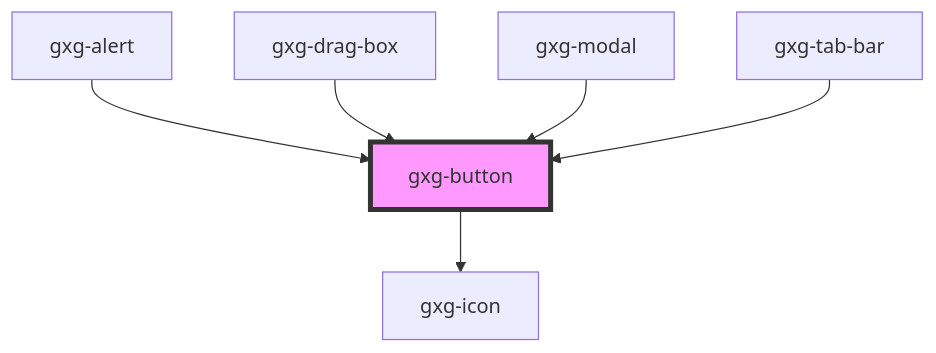
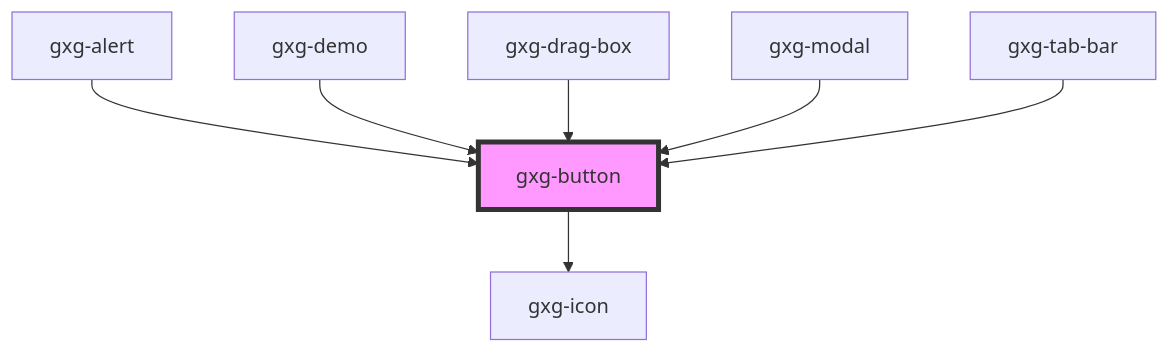
One commit to genexuslabs/gemini changed the diagram in src/components/button/readme.md. Above: the diagram before and after it, drawn with Mermaid. The commit also changed other lines of this file and 10 other files, not shown here.

````diff
--- a/src/components/button/readme.md
+++ b/src/components/button/readme.md
@@ -32,9 +33,10 @@
 ```mermaid
 graph TD;
   gxg-button --> gxg-icon
   gxg-alert --> gxg-button
+  gxg-demo --> gxg-button
   gxg-drag-box --> gxg-button
   gxg-modal --> gxg-button
   gxg-tab-bar --> gxg-button
   style gxg-button fill:#f9f,stroke:#333,stroke-width:4px
 ```
````
